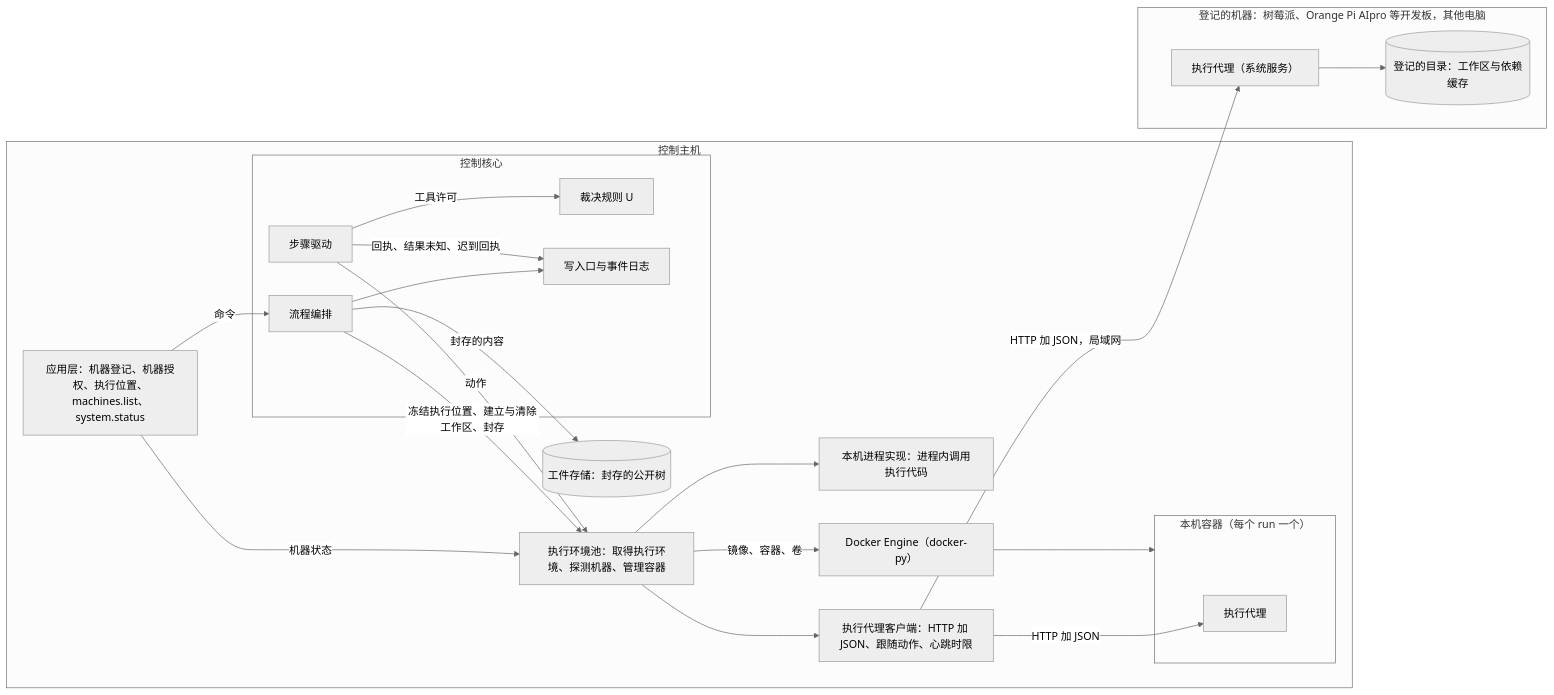
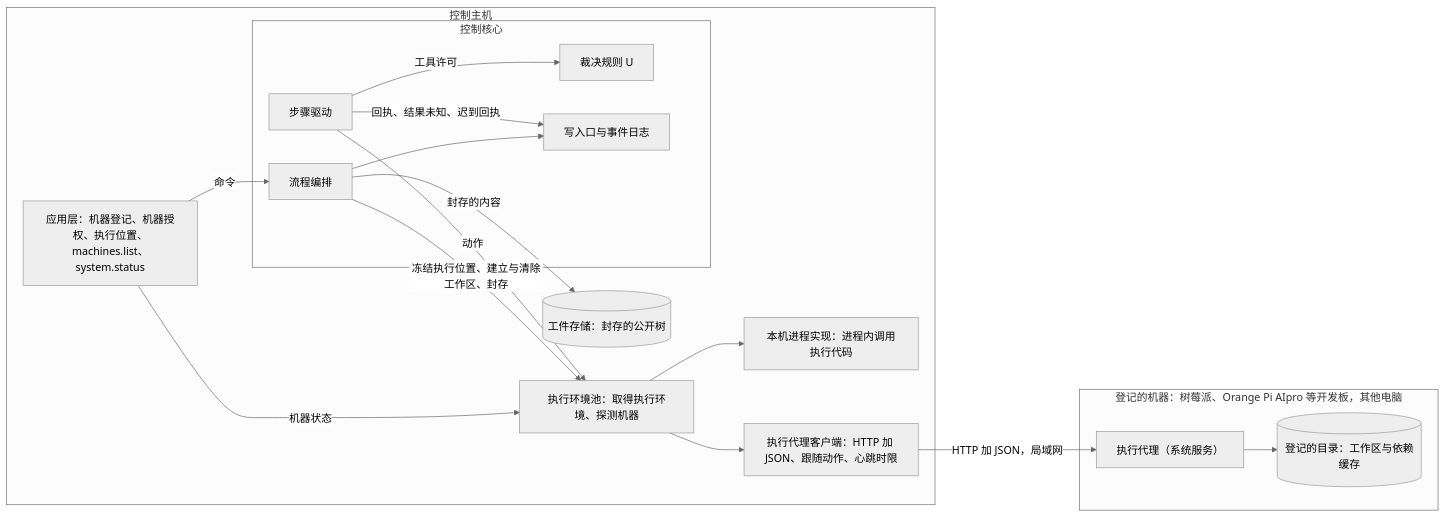
Before and after one commit to bender2333/yudao: the second of 4 diagrams in docs/design/execution-environment.md, drawn with Mermaid (neutral theme). The commit also changed other lines of this file and 29 other files, not shown here.

````diff
--- a/docs/design/execution-environment.md
+++ b/docs/design/execution-environment.md
@@ -60,39 +60,32 @@
 ```mermaid
 flowchart LR
   subgraph Host["控制主机"]
     App["应用层：机器登记、机器授权、执行位置、machines.list、system.status"]
     subgraph Core["控制核心"]
       Orch["流程编排"]
       Step["步骤驱动"]
       U["裁决规则 U"]
       Write["写入口与事件日志"]
     end
-    Pool["执行环境池：取得执行环境、探测机器、管理容器"]
+    Pool["执行环境池：取得执行环境、探测机器"]
     Local["本机进程实现：进程内调用执行代码"]
     Client["执行代理客户端：HTTP 加 JSON、跟随动作、心跳时限"]
     Art[("工件存储：封存的公开树")]
-    Docker["Docker Engine（docker-py）"]
-    subgraph Box["本机容器（每个 run 一个）"]
-      AgentC["执行代理"]
-    end
   end
   subgraph Remote["登记的机器：树莓派、Orange Pi AIpro 等开发板，其他电脑"]
     AgentR["执行代理（系统服务）"]
     Dir[("登记的目录：工作区与依赖缓存")]
   end
   App -->|"命令"| Orch
   App -->|"机器状态"| Pool
   Orch -->|"冻结执行位置、建立与清除工作区、封存"| Pool
   Step -->|"工具许可"| U
   Step -->|"动作"| Pool
   Pool --> Local
   Pool --> Client
-  Pool -->|"镜像、容器、卷"| Docker
-  Docker --> Box
-  Client -->|"HTTP 加 JSON"| AgentC
   Client -->|"HTTP 加 JSON，局域网"| AgentR
   AgentR --> Dir
   Orch -->|"封存的内容"| Art
   Orch --> Write
   Step -->|"回执、结果未知、迟到回执"| Write
 ```
````
